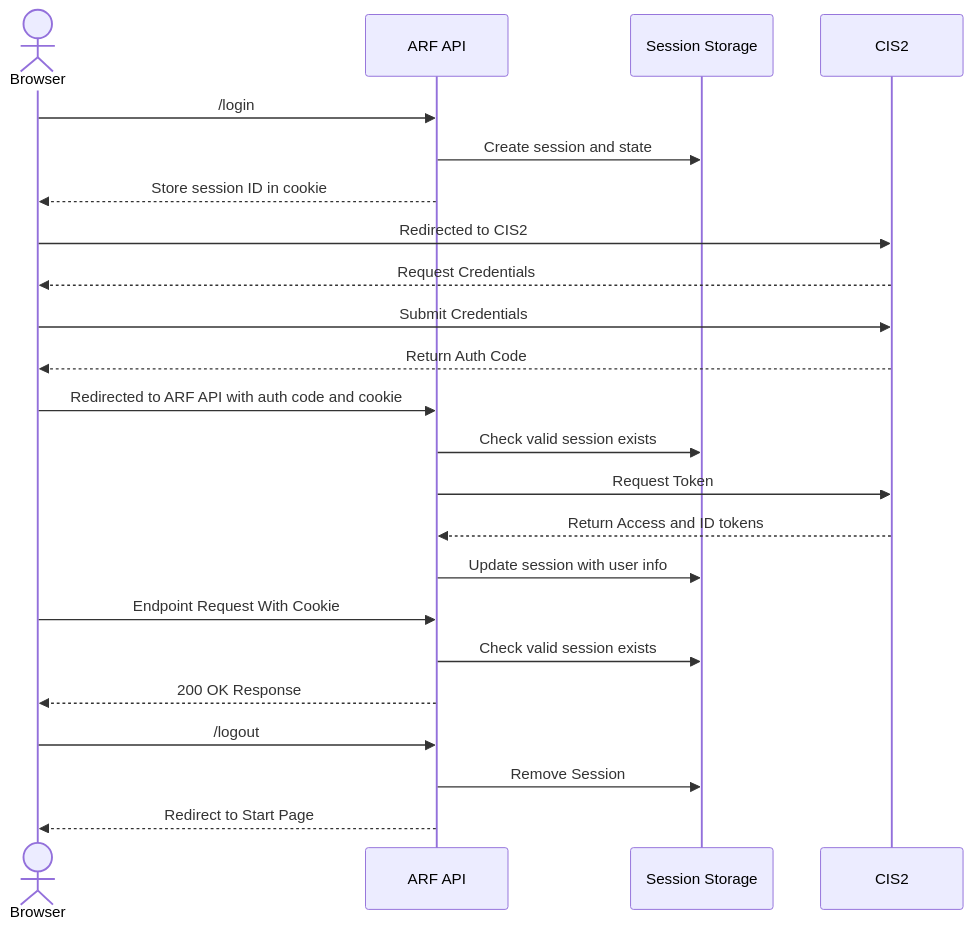
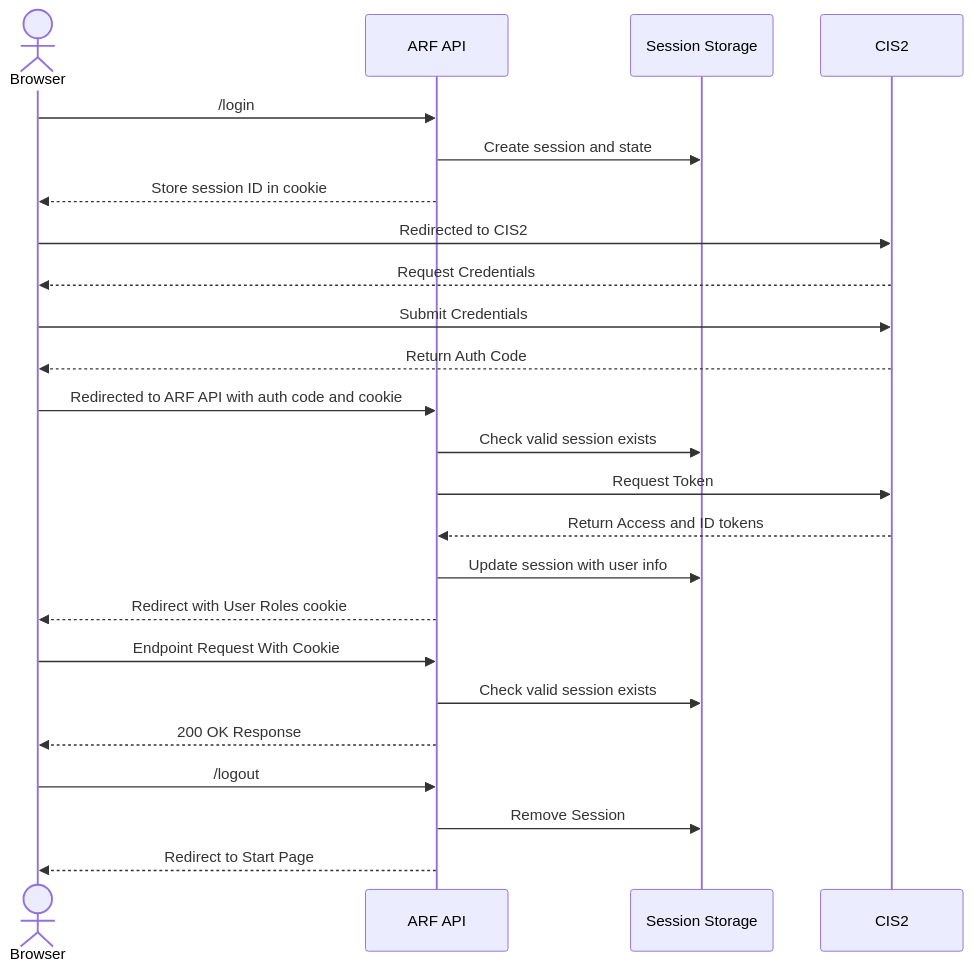
Before and after one commit to nhsconnect/document-store-prototype: the second of 3 diagrams in docs/diagrams/sequence/auth.md, drawn with Mermaid. The commit also changed 5 other files, not shown here.

Commit message:
[PRMT-2779] Exchange auth code for CIS 2 user roles

````diff
--- a/docs/diagrams/sequence/auth.md
+++ b/docs/diagrams/sequence/auth.md
@@ -39,22 +39,23 @@
 ```mermaid
 sequenceDiagram
     actor Browser
     Browser ->> ARF API : /login
     ARF API ->> Session Storage: Create session and state
     ARF API -->> Browser: Store session ID in cookie
     Browser ->> CIS2 : Redirected to CIS2
     CIS2 -->> Browser  : Request Credentials
     Browser ->> CIS2 : Submit Credentials
     CIS2 -->> Browser : Return Auth Code
     Browser ->> ARF API: Redirected to ARF API with auth code and cookie 
     ARF API ->> Session Storage: Check valid session exists
     ARF API ->> CIS2 : Request Token
     CIS2 -->> ARF API : Return Access and ID tokens
     ARF API ->> Session Storage : Update session with user info
+    ARF API -->> Browser : Redirect with User Roles cookie
     Browser ->> ARF API : Endpoint Request With Cookie
     ARF API ->> Session Storage : Check valid session exists
     ARF API -->> Browser : 200 OK Response
     Browser ->> ARF API : /logout
     ARF API ->> Session Storage : Remove Session
     ARF API -->> Browser : Redirect to Start Page
 ```
````
